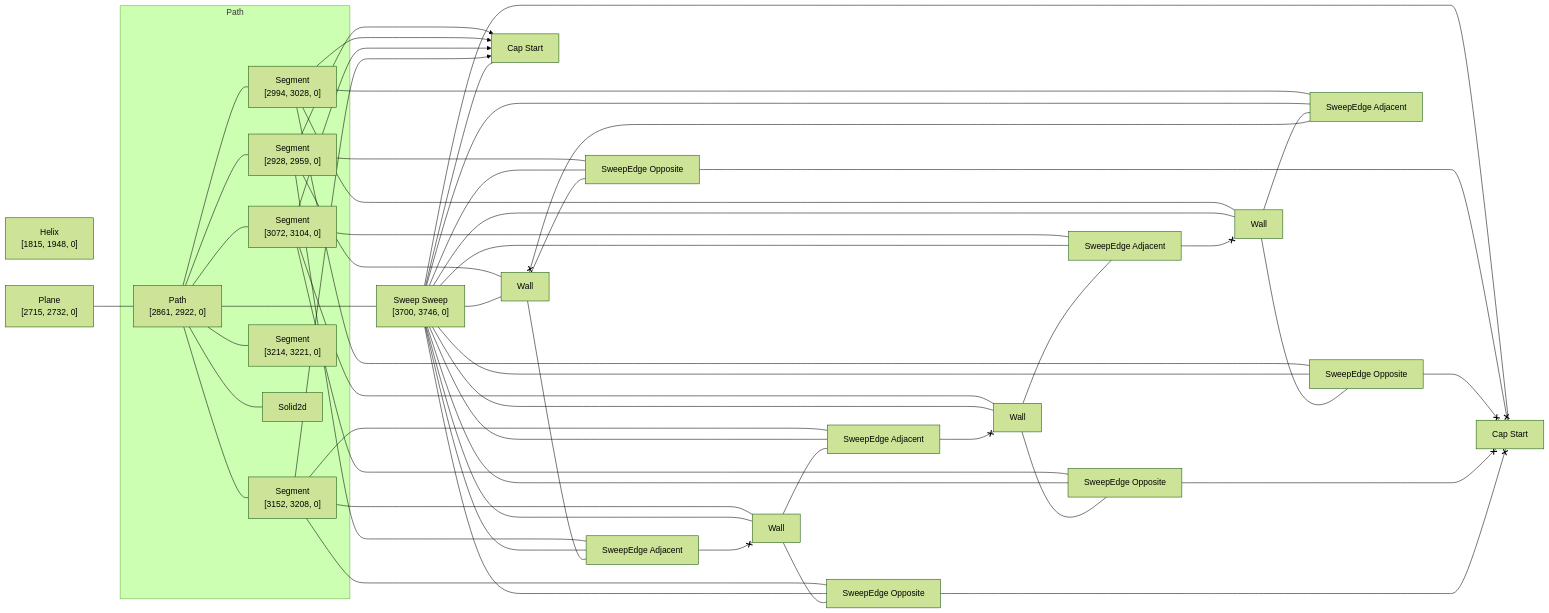
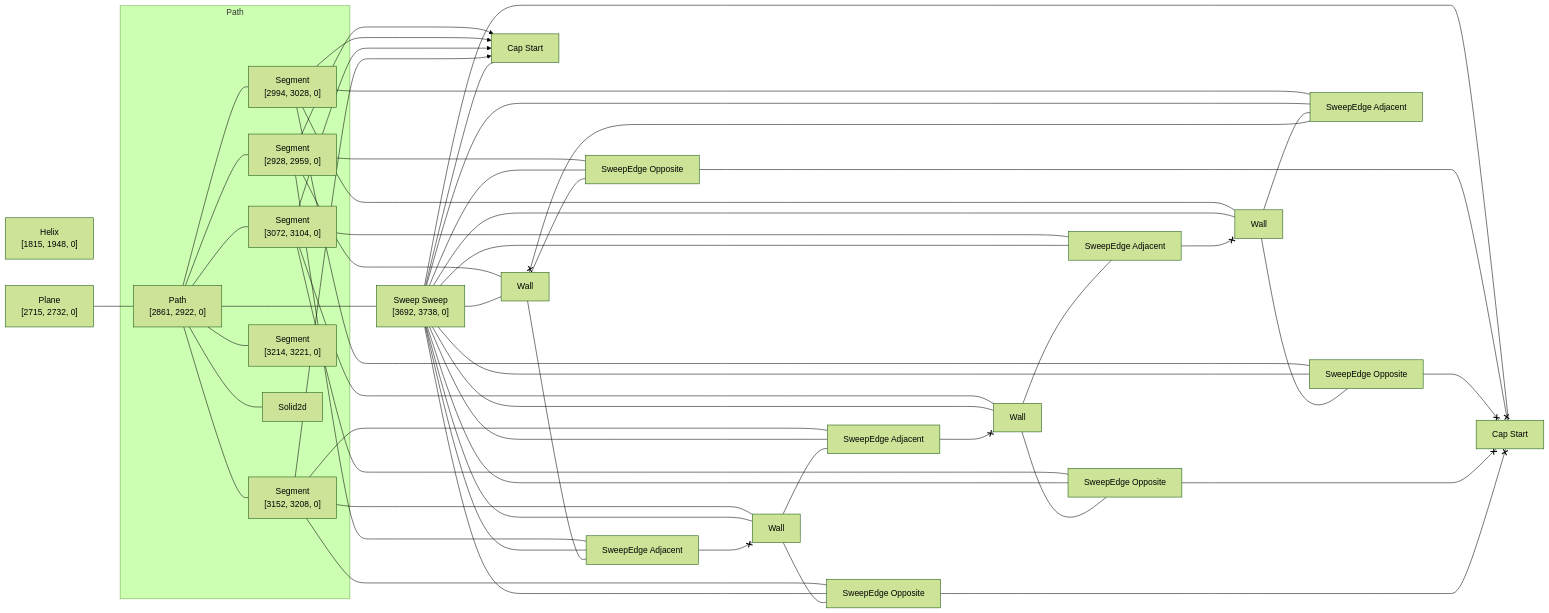
Before and after one commit to KittyCAD/modeling-app: the diagram in rust/kcl-lib/tests/kcl_samples/split-washer-spring-version/artifact_graph_flowchart.snap.md, drawn with Mermaid (forest theme). The commit also changed 207 other files, not shown here.

```diff
--- a/rust/kcl-lib/tests/kcl_samples/split-washer-spring-version/artifact_graph_flowchart.snap.md
+++ b/rust/kcl-lib/tests/kcl_samples/split-washer-spring-version/artifact_graph_flowchart.snap.md
@@ -19,7 +19,7 @@
     %% [ProgramBodyItem { index: 6 }, VariableDeclarationDeclaration, VariableDeclarationInit]
   2["Plane<br>[2715, 2732, 0]"]
     %% [ProgramBodyItem { index: 8 }, VariableDeclarationDeclaration, VariableDeclarationInit]
-  10["Sweep Sweep<br>[3700, 3746, 0]"]
+  10["Sweep Sweep<br>[3692, 3738, 0]"]
     %% [ProgramBodyItem { index: 10 }, VariableDeclarationDeclaration, VariableDeclarationInit]
   11[Wall]
     %% face_code_ref=Missing NodePath
```
